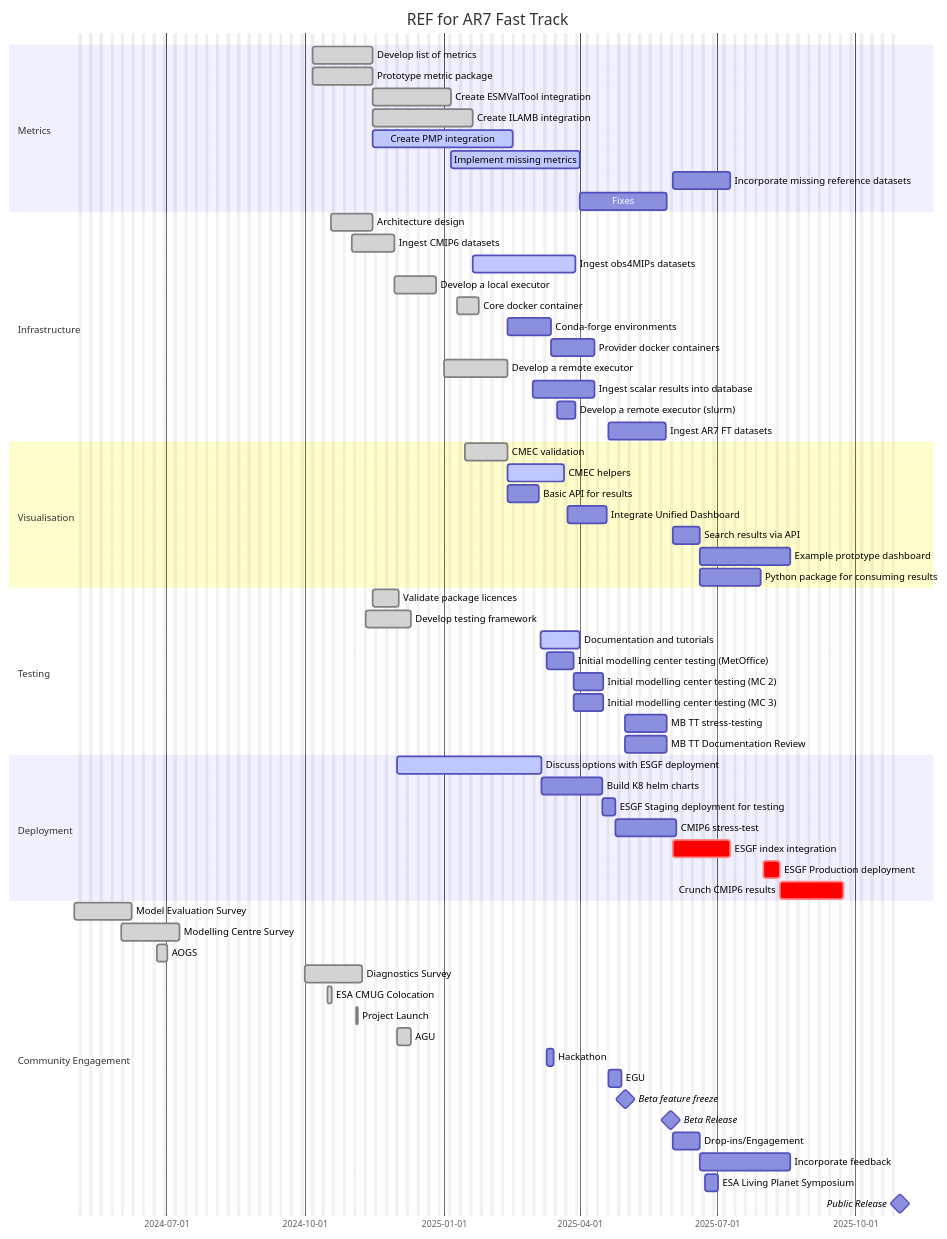
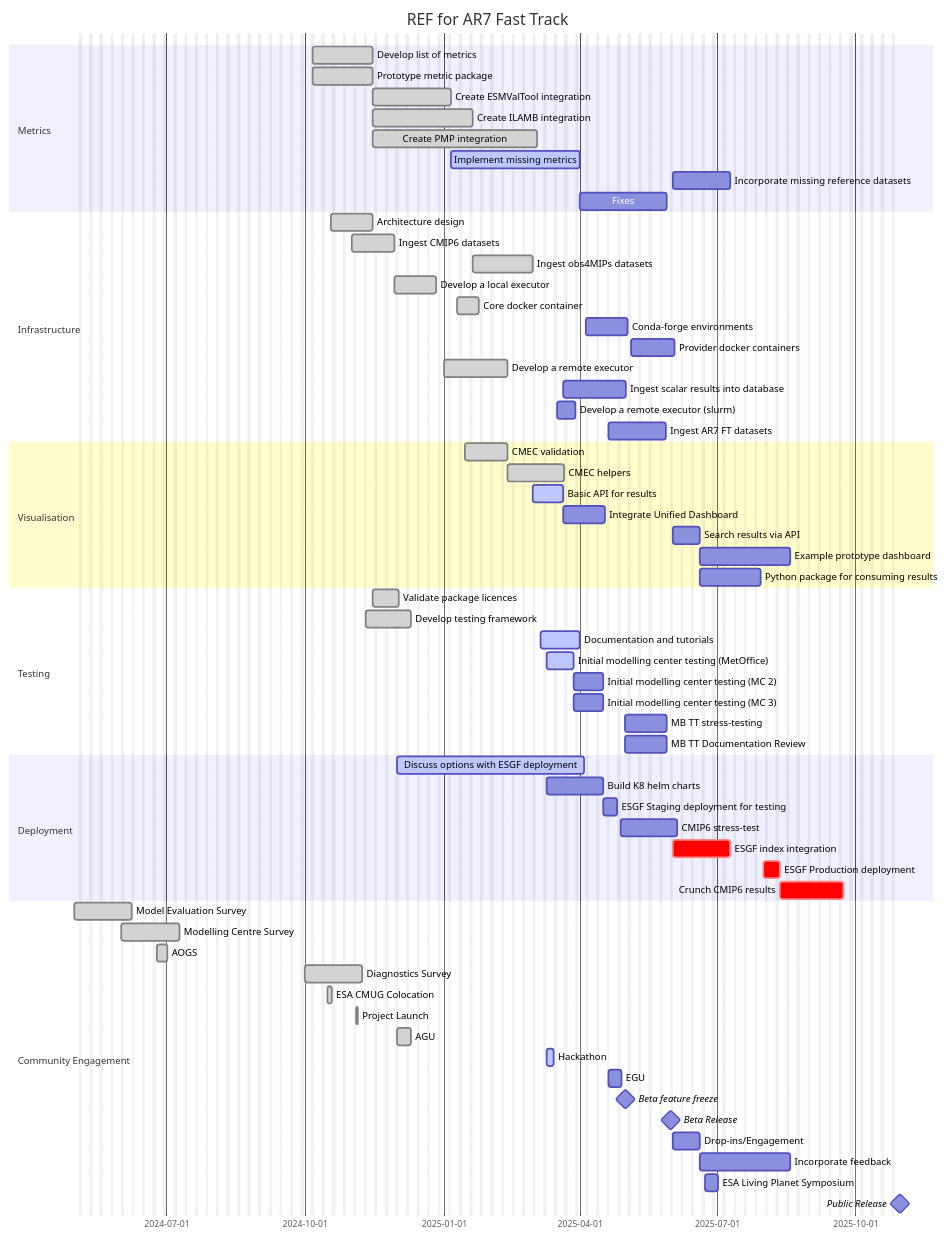
One commit to skoriche/Climate-REF4CMIP changed the diagram in docs/roadmap.md. Above: the diagram before and after it, drawn with Mermaid.

Commit message:
chore: Update roadmap

````diff
--- a/docs/roadmap.md
+++ b/docs/roadmap.md
@@ -23,82 +23,82 @@
 ```mermaid
 gantt
     dateFormat  YYYY-MM-DD
     title       REF for AR7 Fast Track
     excludes    weekends
 
     section Metrics
 
     Develop list of metrics                       :done, metrics, 2024-10-06, 30d
     Prototype metric package                      :done, metricsPrototype, 2024-10-06, 30d
 
     Create ESMValTool integration                 :done, esmvaltool, after metricsPrototype, 2025-01-06
     Create ILAMB integration                      :done, ilamb, after metricsPrototype, 2025-01-20
-    Create PMP integration                        :active, pmp, after metricsPrototype, 2025-02-16
+    Create PMP integration                        :done, pmp, after metricsPrototype, 2025-03-04
 
     Implement missing metrics                     :active, missing, after esmvaltool, 2025-04-01
     Incorporate missing reference datasets        :after beta, 4w
     Fixes                                         :after missing, 6w
 
     section Infrastructure
 
     Architecture design                           :done, 2024-10-18, 20d
 
     Ingest CMIP6 datasets                         :done, cmip6, 2024-11-01, 20d
-    Ingest obs4MIPs datasets                      :active, 2025-01-20, 50d
+    Ingest obs4MIPs datasets                      :done, 2025-01-20, 2025-03-01
     Develop a local executor                      :done, local, after cmip6, 20d
     Core docker container                         :done, dockerise, 2025-01-10, 10d
-    Conda-forge environments                      :conda, after celery, 3w
+    Conda-forge environments                      :conda, 2025-04-05, 3w
     Provider docker containers                    :after conda, 3w
     Develop a remote executor                     :done, celery, 2025-01-01, 30d
-    Ingest scalar results into database           :results, 2025-03-01, 30d
+    Ingest scalar results into database           :ingest, after results, 30d
     Develop a remote executor (slurm)             :slurm, after hackathon, 10d
     Ingest AR7 FT datasets                        :2025-04-20, 4w
 
     section Visualisation
 
     CMEC validation                               :done, cmec, 2025-01-15, 20d
-    CMEC helpers                                  :active, cmecHelpers, after cmec, 4w
-    Basic API for results                         :after celery, 15d
-    Integrate Unified Dashboard                   :ud, after cmecHelpers, 20d
+    CMEC helpers                                  :done, cmecHelpers, after cmec, 4w
+    Basic API for results                         :active, results, 2025-03-01, 15d
+    Integrate Unified Dashboard                   :ud, after results, 20d
     Search results via API                        :api-result, after beta, 2w
     Example prototype dashboard                   :dashboad, after api-result, 6w
     Python package for consuming results          :after api-result, 4w
 
 
     section Testing
     Validate package licences                     :done, 2024-11-15, 2024-12-02
     Develop testing framework                     :done, 2024-11-10, 2024-12-10
     Documentation and tutorials                   :active, 2025-03-06, 2025-04-01
-    Initial modelling center testing (MetOffice)  :mc1, 2025-03-10, 14d
+    Initial modelling center testing (MetOffice)  :active, mc1, 2025-03-10, 14d
     Initial modelling center testing (MC 2)       :mc2, after mc1, 14d
     Initial modelling center testing (MC 3)       :mc3, after mc1, 14d
     MB TT stress-testing                          :2025-05-01, 20d
     MB TT Documentation Review                    :2025-05-01, 20d
 
     section Deployment
-    Discuss options with ESGF deployment          :active, esgf, 2024-12-01, 70d
-    Build K8 helm charts                          :helm, after esgf, 4w
+    Discuss options with ESGF deployment          :active, esgf, 2024-12-01, 90d
+    Build K8 helm charts                          :helm, after 2025-04-01, 4w
     ESGF Staging deployment for testing                :staging, after helm, 1w
     CMIP6 stress-test                             :after staging, 4w
     ESGF index integration                        :crit, after beta, 4w
     ESGF Production deployment                         :crit, prod, 2025-08-01, 1w
     Crunch CMIP6 results                          :crit, after prod, 30d
 
     section Community Engagement
     Model Evaluation Survey                       :done, 2024-05-01, 4w
     Modelling Centre Survey                       :done, 2024-06-01, 4w
     AOGS                                          :done, 2024-06-25, 5d
     Diagnostics Survey                            :done, survey, 2024-10-01, 4w
     ESA CMUG Colocation                           :done, 2024-10-16, 3d
     Project Launch                                :done, 2024-11-04, 1d
     AGU                                           :done, 2024-12-01, 1w
-    Hackathon                                     :hackathon, 2025-03-10, 5d
+    Hackathon                                     :active, hackathon, 2025-03-10, 5d
     EGU                                           :egu, 2025-04-20, 1w
     Beta feature freeze                           :milestone, beta, 2025-05-01, 1d
     Beta Release                                  :milestone, beta, 2025-05-30, 1d
     Drop-ins/Engagement                           :engagement, after beta, 2w
     Incorporate feedback                          :after engagement, 6w
     ESA Living Planet Symposium                   :lps, 2025-06-23, 1w
     Public Release                                :milestone, public, 2025-10-30, 1d
 
 ```
````
